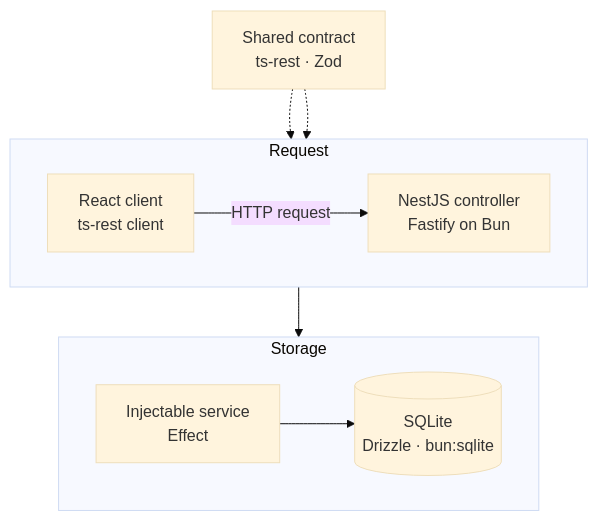
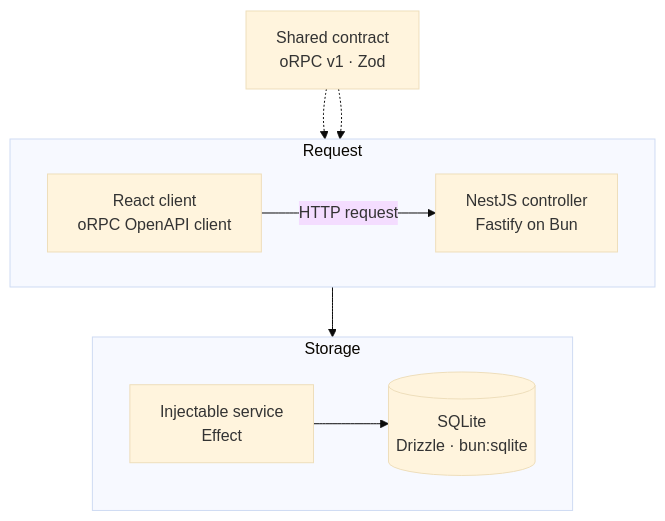
The diagram in architecture.mmd (MH221B/lightweight-web-app-setup), drawn with Mermaid (base theme) before and after one commit. The commit also changed 11 other files, not shown here.

First line of the commit message:
refactor(api): migrate the notes api to oRPC v1

```diff
--- a/architecture.mmd
+++ b/architecture.mmd
@@ -1,18 +1,18 @@
 flowchart TB
-  Contract[Shared contract<br/>ts-rest · Zod]
+  Contract[Shared contract<br/>oRPC v1 · Zod]
   subgraph Request
     direction LR
-    Client[React client<br/>ts-rest client]
+    Client[React client<br/>oRPC OpenAPI client]
     API[NestJS controller<br/>Fastify on Bun]
     Client -->|HTTP request| API
   end
   subgraph Storage
     direction LR
     Service[Injectable service<br/>Effect]
     DB[(SQLite<br/>Drizzle · bun:sqlite)]
     Service --> DB
   end
 
   API --> Service
   Contract -.-> Client
   Contract -.-> API
```
